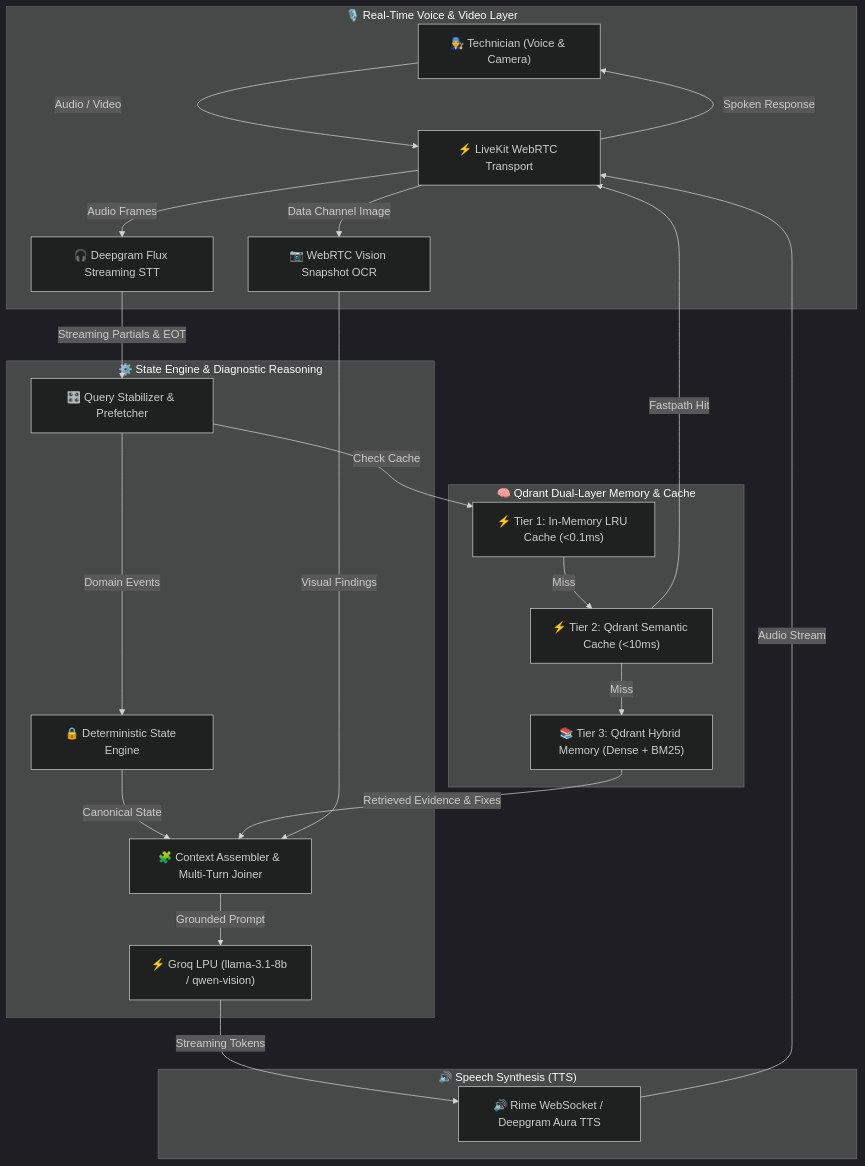
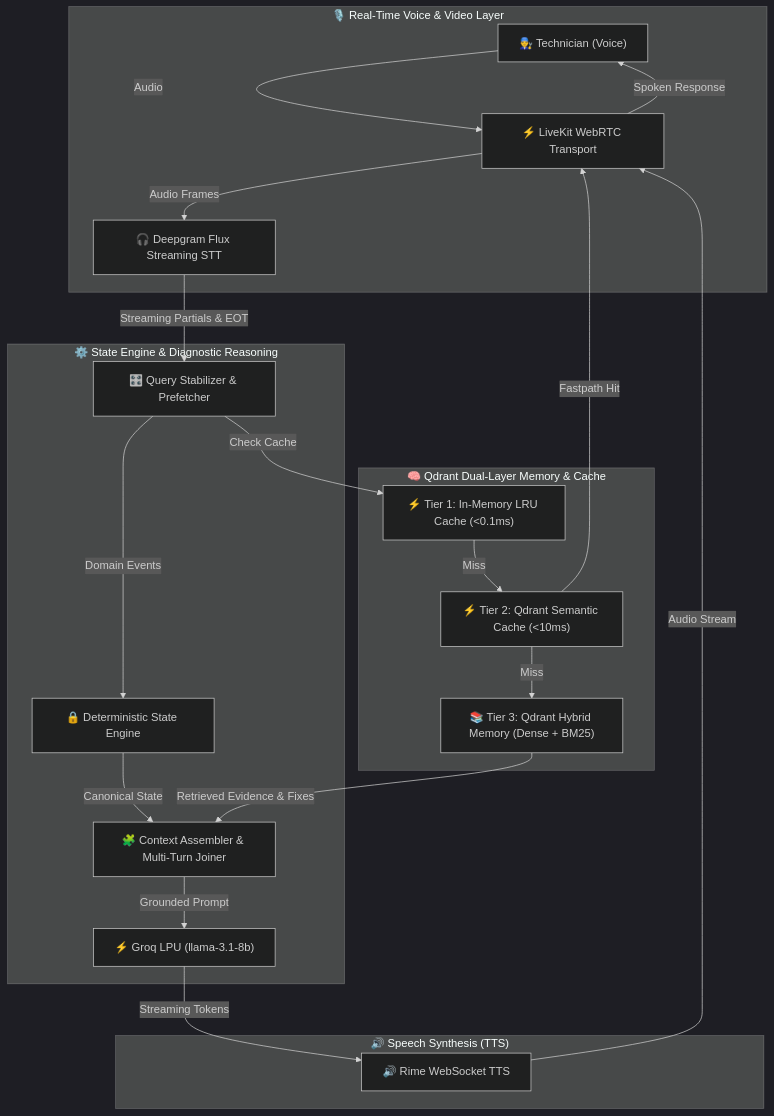
The diagram in README.md (esotericdunce/FieldMate), drawn with Mermaid (dark theme) before and after one commit. The commit also changed other lines of this file, not shown here.

````diff
--- a/README.md
+++ b/README.md
@@ -49,46 +49,43 @@
 ```mermaid
 flowchart TD
     subgraph Voice_Layer["🎙️ Real-Time Voice & Video Layer"]
-        Tech["👨‍🔧 Technician (Voice & Camera)"]
+        Tech["👨‍🔧 Technician (Voice)"]
         LiveKit["⚡ LiveKit WebRTC Transport"]
         DeepgramSTT["🎧 Deepgram Flux Streaming STT"]
-        Vision["📷 WebRTC Vision Snapshot OCR"]
     end
 
     subgraph Memory_Layer["🧠 Qdrant Dual-Layer Memory & Cache"]
         LRU["⚡ Tier 1: In-Memory LRU Cache (<0.1ms)"]
         SemCache["⚡ Tier 2: Qdrant Semantic Cache (<10ms)"]
         DomainMem["📚 Tier 3: Qdrant Hybrid Memory (Dense + BM25)"]
     end
 
     subgraph Brain_Layer["⚙️ State Engine & Diagnostic Reasoning"]
         Stabilizer["🎛️ Query Stabilizer & Prefetcher"]
         StateEngine["🔒 Deterministic State Engine"]
         Context["🧩 Context Assembler & Multi-Turn Joiner"]
-        Groq["⚡ Groq LPU (llama-3.1-8b / qwen-vision)"]
+        Groq["⚡ Groq LPU (llama-3.1-8b)"]
     end
 
     subgraph Speech_Layer["🔊 Speech Synthesis (TTS)"]
-        TTS["🔊 Rime WebSocket / Deepgram Aura TTS"]
+        TTS["🔊 Rime WebSocket TTS"]
     end
 
-    Tech -->|Audio / Video| LiveKit
+    Tech -->|Audio| LiveKit
     LiveKit -->|Audio Frames| DeepgramSTT
-    LiveKit -->|Data Channel Image| Vision
     
     DeepgramSTT -->|Streaming Partials & EOT| Stabilizer
     Stabilizer -->|Check Cache| LRU
     LRU -->|Miss| SemCache
     SemCache -->|Miss| DomainMem
     
     Stabilizer -->|Domain Events| StateEngine
     StateEngine -->|Canonical State| Context
     DomainMem -->|Retrieved Evidence & Fixes| Context
-    Vision -->|Visual Findings| Context
     
     Context -->|Grounded Prompt| Groq
     SemCache -->|Fastpath Hit| LiveKit
     Groq -->|Streaming Tokens| TTS
     TTS -->|Audio Stream| LiveKit
     LiveKit -->|Spoken Response| Tech
 ```
````
